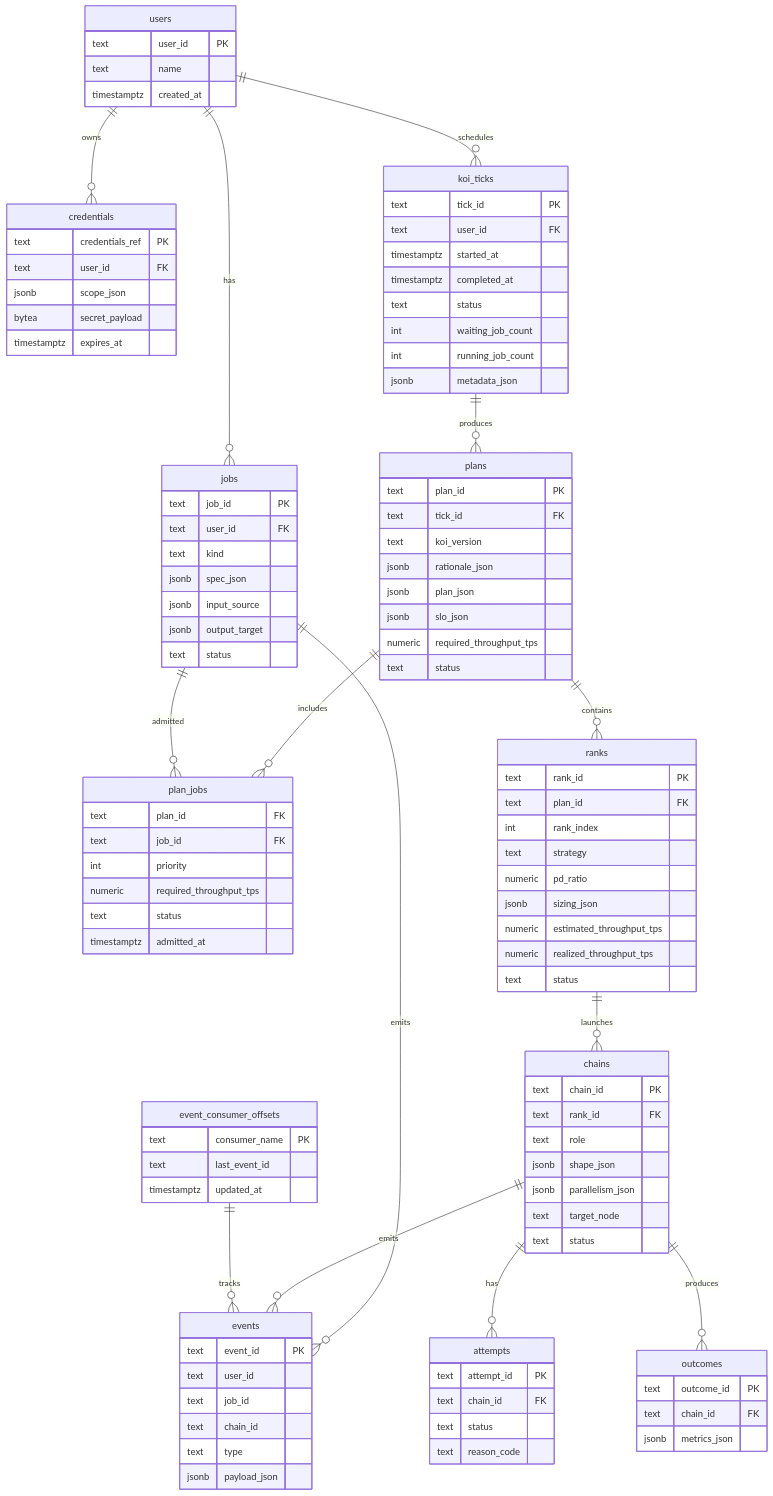
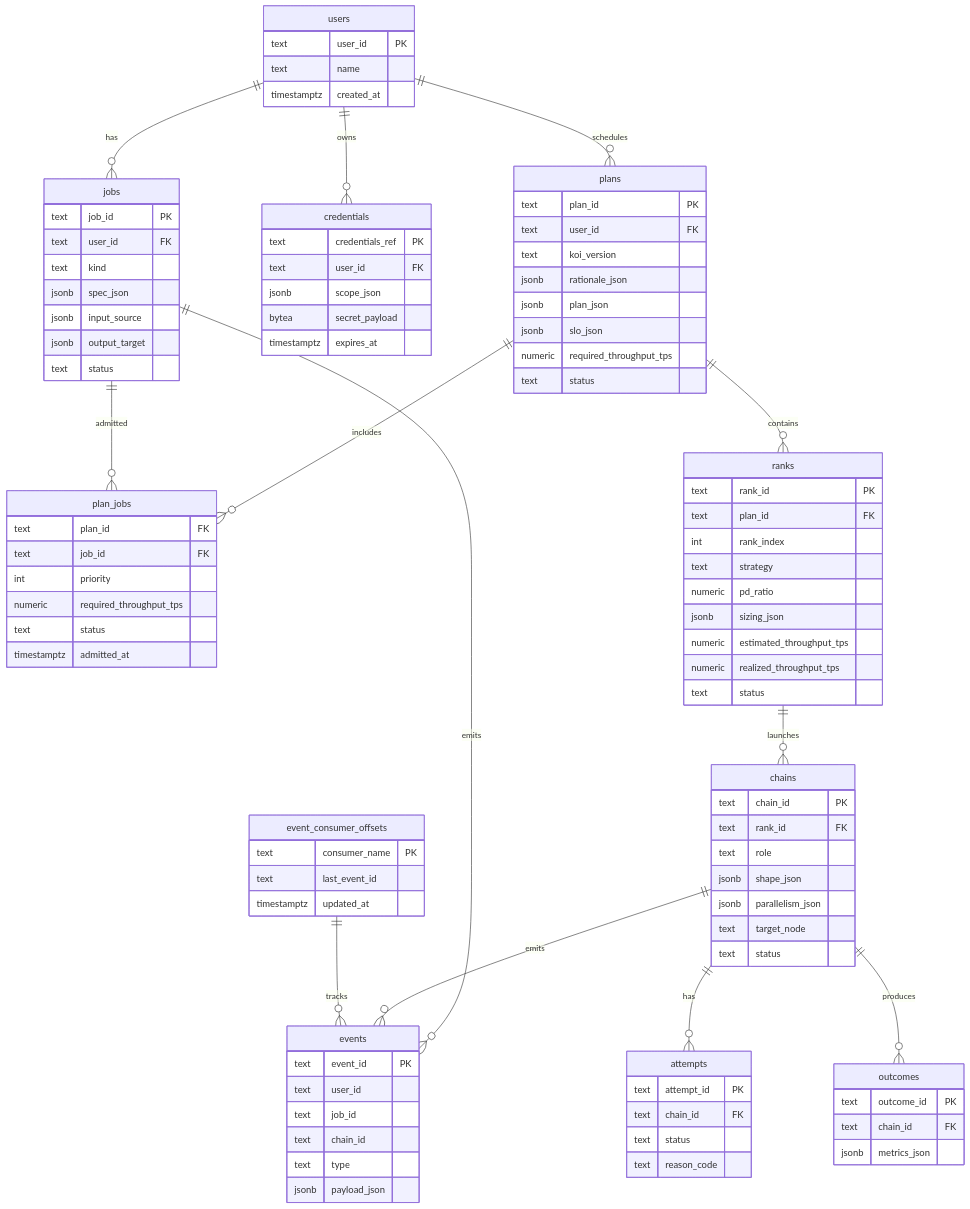
The second of 6 diagrams in DATA_ARCHITECTURE.md (Tandemn-Labs/tandemn-store), drawn with Mermaid before and after one commit. The commit also changed other lines of this file and 13 other files, not shown here.

First line of the commit message:
schema: Koi ticks are events, not a table

```diff
--- a/DATA_ARCHITECTURE.md
+++ b/DATA_ARCHITECTURE.md
@@ -119,8 +121,7 @@
 erDiagram
     users ||--o{ jobs : has
     users ||--o{ credentials : owns
-    users ||--o{ koi_ticks : schedules
-    koi_ticks ||--o{ plans : produces
+    users ||--o{ plans : schedules
     plans ||--o{ plan_jobs : includes
     jobs ||--o{ plan_jobs : admitted
     plans ||--o{ ranks : contains
@@ -145,19 +146,9 @@
       jsonb output_target
       text status
     }
-    koi_ticks {
-      text tick_id PK
-      text user_id FK
-      timestamptz started_at
-      timestamptz completed_at
-      text status
-      int waiting_job_count
-      int running_job_count
-      jsonb metadata_json
-    }
     plans {
       text plan_id PK
-      text tick_id FK
+      text user_id FK
       text koi_version
       jsonb rationale_json
       jsonb plan_json
```
